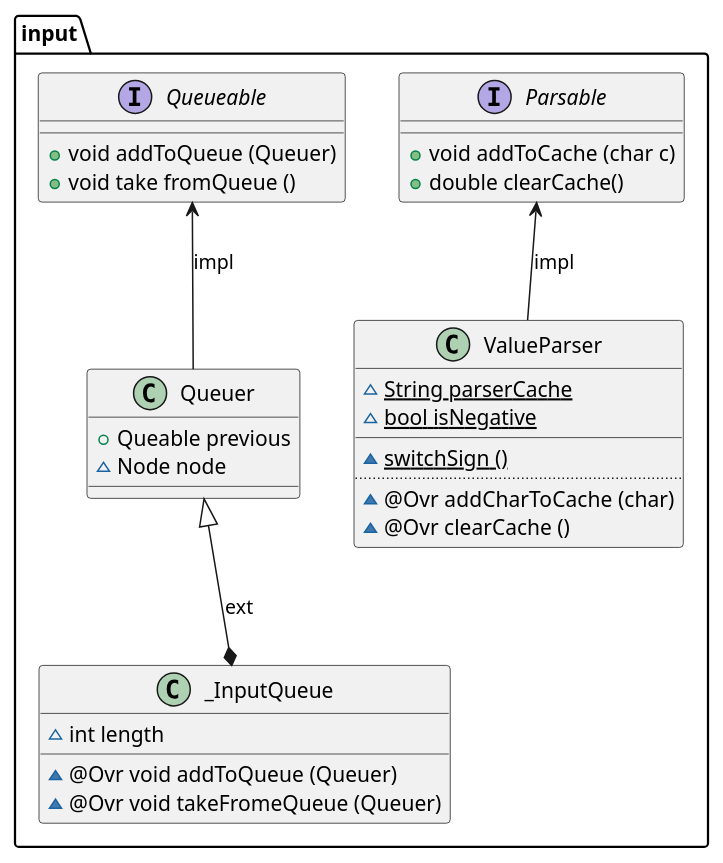
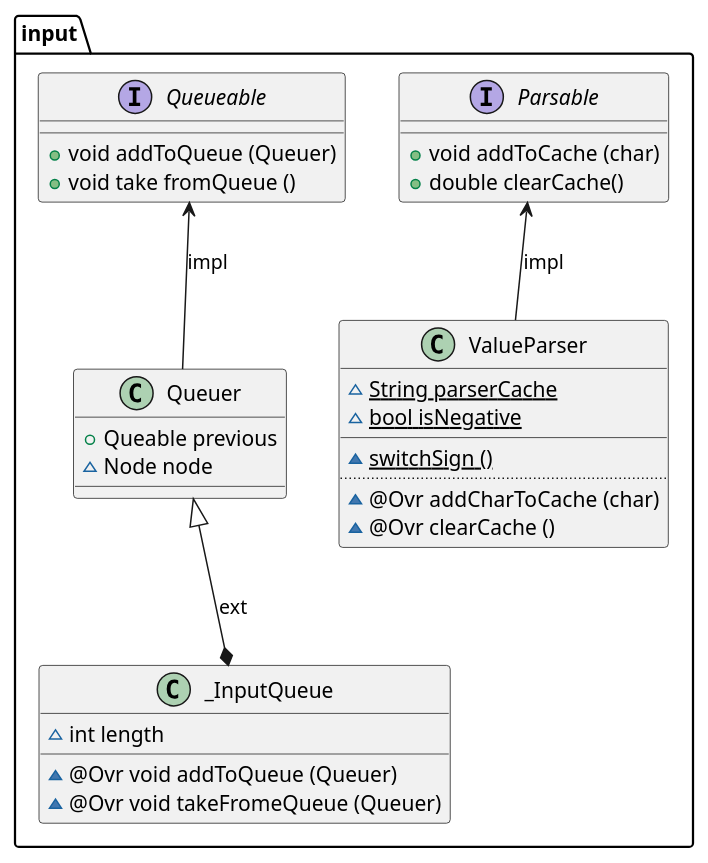
The diagram in src/main/resources/package_input_structure.puml (vitalispopoff/calculator), drawn with PlantUML before and after one commit. The commit also changed 18 other files, not shown here.

```diff
--- a/src/main/resources/package_input_structure.puml
+++ b/src/main/resources/package_input_structure.puml
@@ -1,41 +1,41 @@
 @startuml
 
 package input{
 
     interface Parsable{
-            +{method} void addToCache (char c)
+            +{method} void addToCache (char)
             +{method} double clearCache()
     }
 
     class ValueParser{
             ~{field}{static} String parserCache
             ~{field}{static} bool isNegative
             __
             ~{method}{static}switchSign ()
             ..
             ~{method} @Ovr addCharToCache (char)
             ~{method} @Ovr clearCache ()
     }
 
     interface Queueable{
             +{method} void addToQueue (Queuer)
             +{method} void take fromQueue ()
     }
 
     class _InputQueue{
             ~{field} int length
             __
             ~{method} @Ovr void addToQueue (Queuer)
             ~{method} @Ovr void takeFromeQueue (Queuer)
     }
 
     class Queuer{
             +{field} Queable previous
             ~{field} Node node
     }
 
     Parsable        <--     ValueParser     : impl
     Queuer          <|--*    _InputQueue     : ext
     Queueable       <--     Queuer          : impl
 
 @enduml
```
